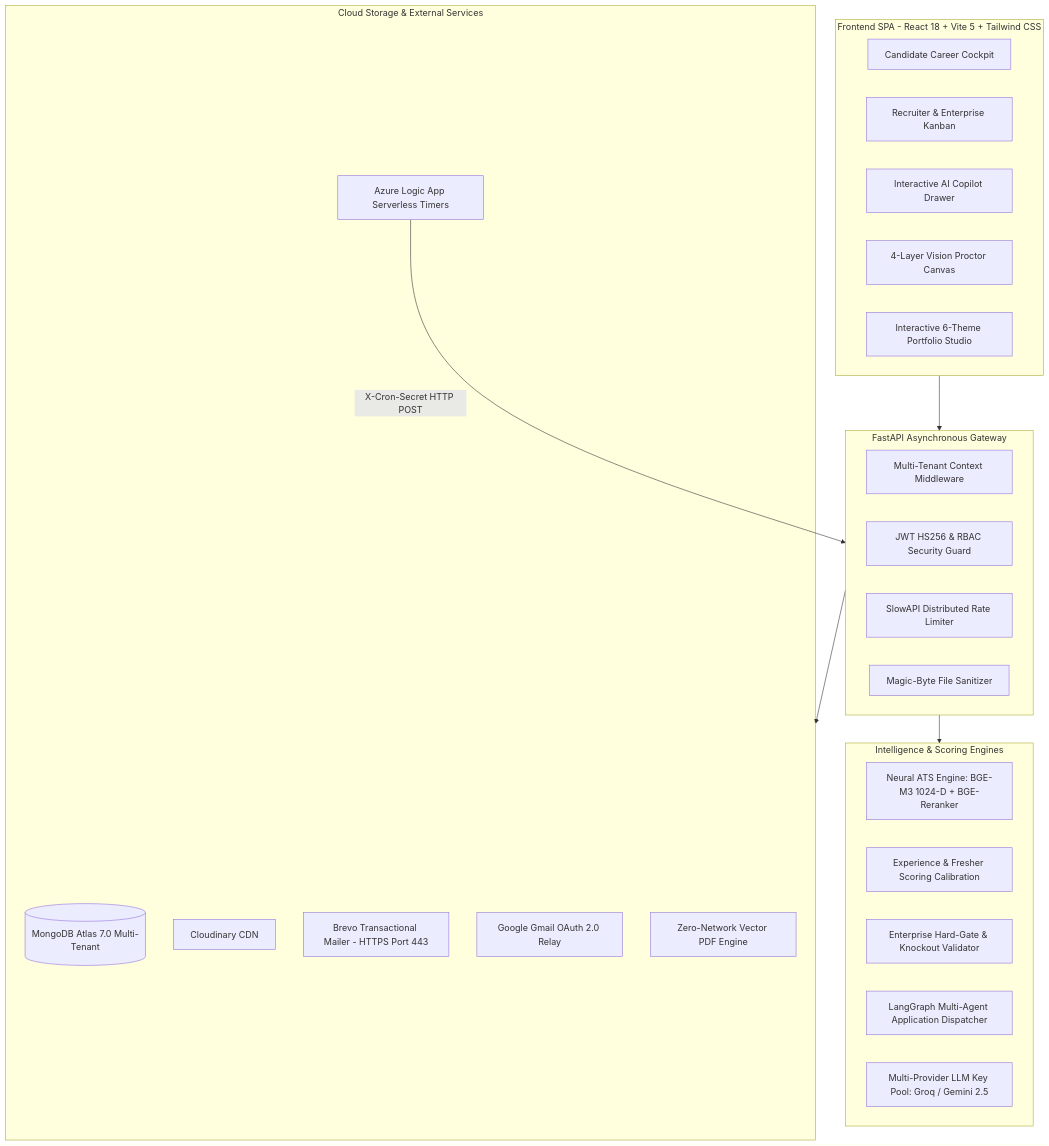
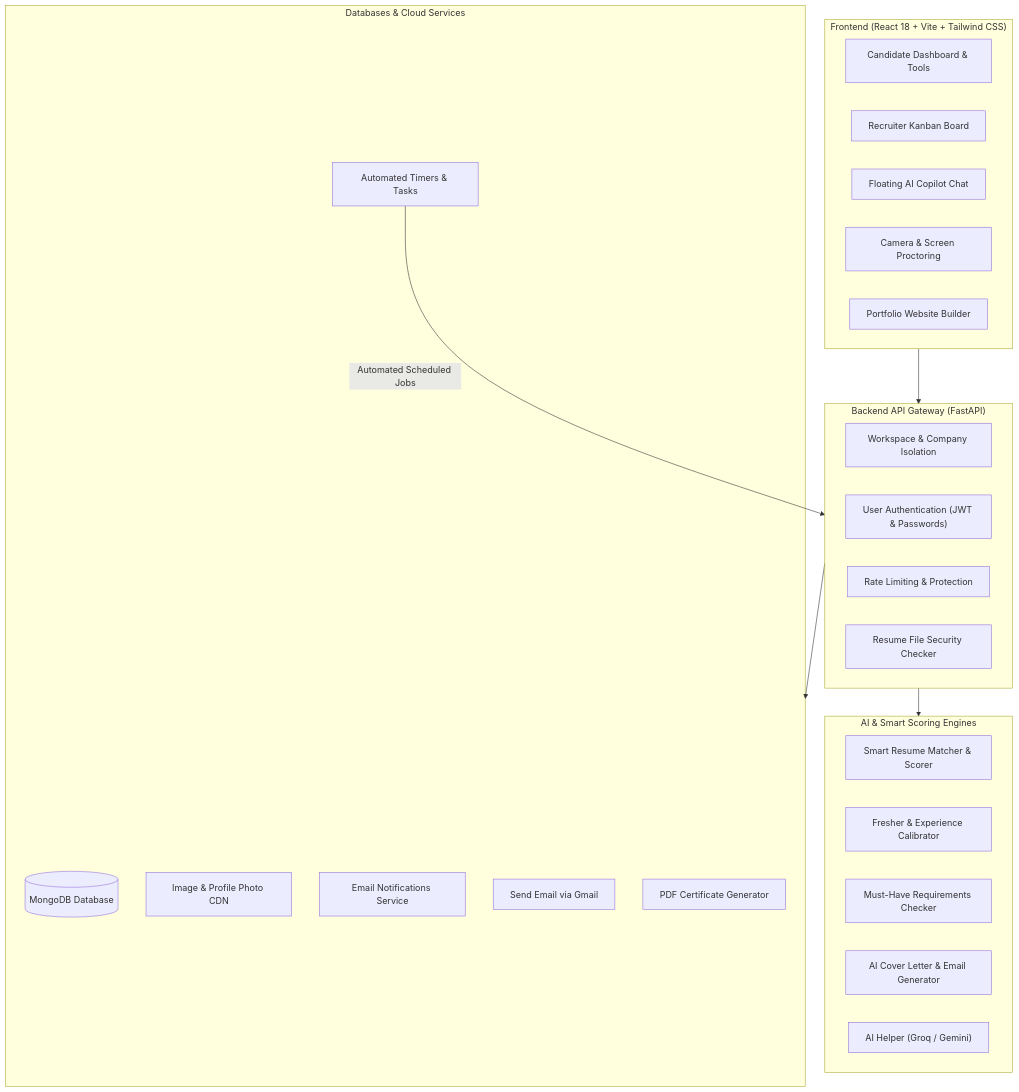
One commit to agrawalrohit937/Resume-Screening-System changed the diagram in README.md. Above: the diagram before and after it, drawn with Mermaid. The commit also changed other lines of this file, not shown here.

````diff
--- a/README.md
+++ b/README.md
@@ -57,39 +92,39 @@
 ```mermaid
 graph TD
-    subgraph ClientLayer ["Frontend SPA - React 18 + Vite 5 + Tailwind CSS"]
-        CandidateUI["Candidate Career Cockpit"]
-        RecruiterUI["Recruiter & Enterprise Kanban"]
-        CopilotUI["Interactive AI Copilot Drawer"]
-        ProctorUI["4-Layer Vision Proctor Canvas"]
-        PortfolioUI["Interactive 6-Theme Portfolio Studio"]
+    subgraph ClientLayer ["Frontend (React 18 + Vite + Tailwind CSS)"]
+        CandidateUI["Candidate Dashboard & Tools"]
+        RecruiterUI["Recruiter Kanban Board"]
+        CopilotUI["Floating AI Copilot Chat"]
+        ProctorUI["Camera & Screen Proctoring"]
+        PortfolioUI["Portfolio Website Builder"]
     end
 
-    subgraph GatewayLayer ["FastAPI Asynchronous Gateway"]
-        TenantMW["Multi-Tenant Context Middleware"]
-        AuthMW["JWT HS256 & RBAC Security Guard"]
-        RateLimiter["SlowAPI Distributed Rate Limiter"]
-        UploadHandler["Magic-Byte File Sanitizer"]
+    subgraph GatewayLayer ["Backend API Gateway (FastAPI)"]
+        TenantMW["Workspace & Company Isolation"]
+        AuthMW["User Authentication (JWT & Passwords)"]
+        RateLimiter["Rate Limiting & Protection"]
+        UploadHandler["Resume File Security Checker"]
     end
 
-    subgraph IntelligenceEngines ["Intelligence & Scoring Engines"]
-        ATS["Neural ATS Engine: BGE-M3 1024-D + BGE-Reranker"]
-        Scoring["Experience & Fresher Scoring Calibration"]
-        Knockout["Enterprise Hard-Gate & Knockout Validator"]
-        LangGraph["LangGraph Multi-Agent Application Dispatcher"]
-        Copilot["Multi-Provider LLM Key Pool: Groq / Gemini 2.5"]
+    subgraph IntelligenceEngines ["AI & Smart Scoring Engines"]
+        ATS["Smart Resume Matcher & Scorer"]
+        Scoring["Fresher & Experience Calibrator"]
+        Knockout["Must-Have Requirements Checker"]
+        LangGraph["AI Cover Letter & Email Generator"]
+        Copilot["AI Helper (Groq / Gemini)"]
     end
 
-    subgraph CloudServices ["Cloud Storage & External Services"]
-        MongoDB[("MongoDB Atlas 7.0 Multi-Tenant")]
-        Cloudinary["Cloudinary CDN"]
-        Brevo["Brevo Transactional Mailer - HTTPS Port 443"]
-        GmailOAuth["Google Gmail OAuth 2.0 Relay"]
-        ReportLab["Zero-Network Vector PDF Engine"]
-        AzureLogicApps["Azure Logic App Serverless Timers"]
+    subgraph CloudServices ["Databases & Cloud Services"]
+        MongoDB[("MongoDB Database")]
+        Cloudinary["Image & Profile Photo CDN"]
+        Brevo["Email Notifications Service"]
+        GmailOAuth["Send Email via Gmail"]
+        ReportLab["PDF Certificate Generator"]
+        AzureLogicApps["Automated Timers & Tasks"]
     end
 
     ClientLayer --> GatewayLayer
-    AzureLogicApps -->|X-Cron-Secret HTTP POST| GatewayLayer
+    AzureLogicApps -->|Automated Scheduled Jobs| GatewayLayer
     GatewayLayer --> IntelligenceEngines
     GatewayLayer --> CloudServices
 ```
````
